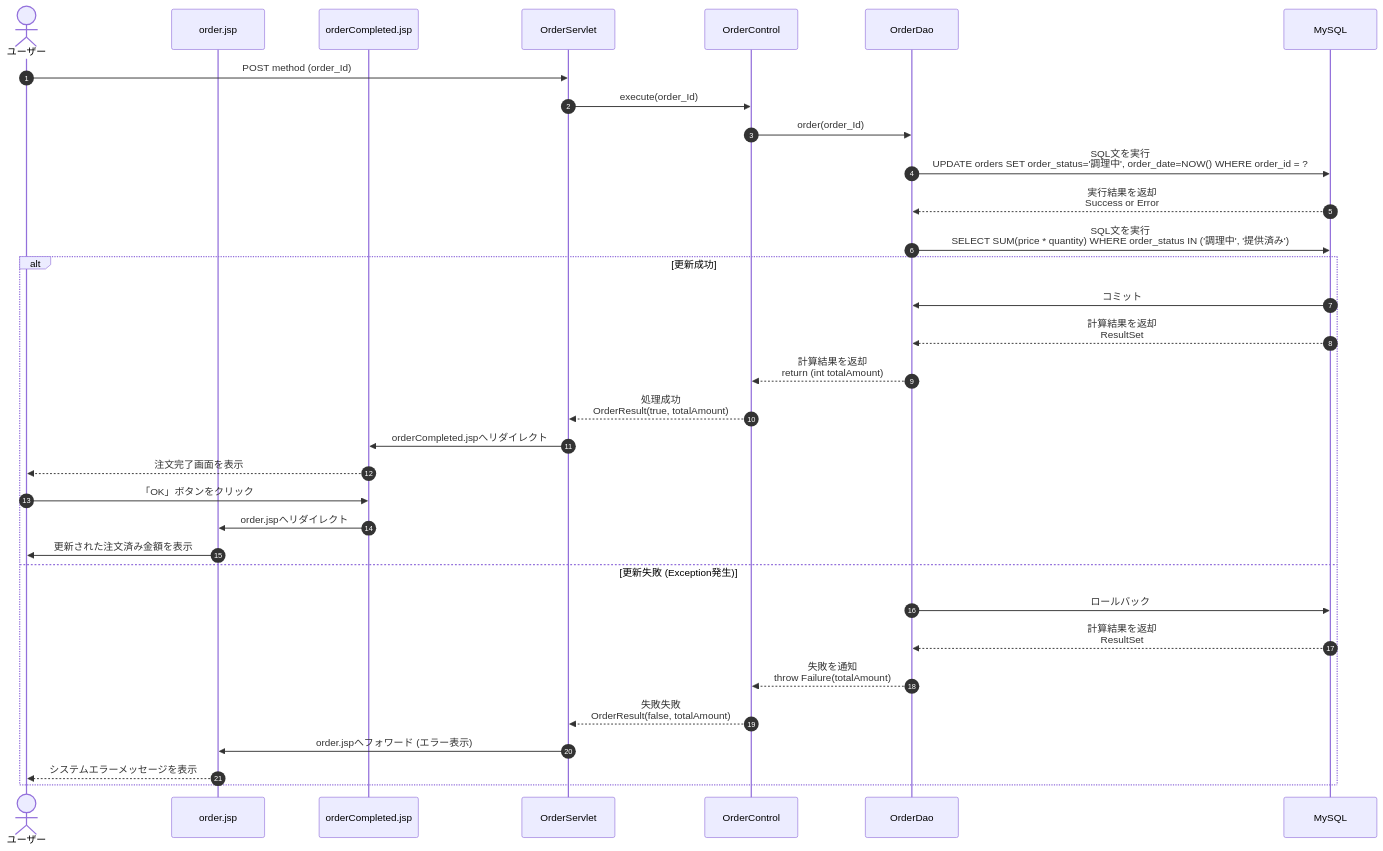
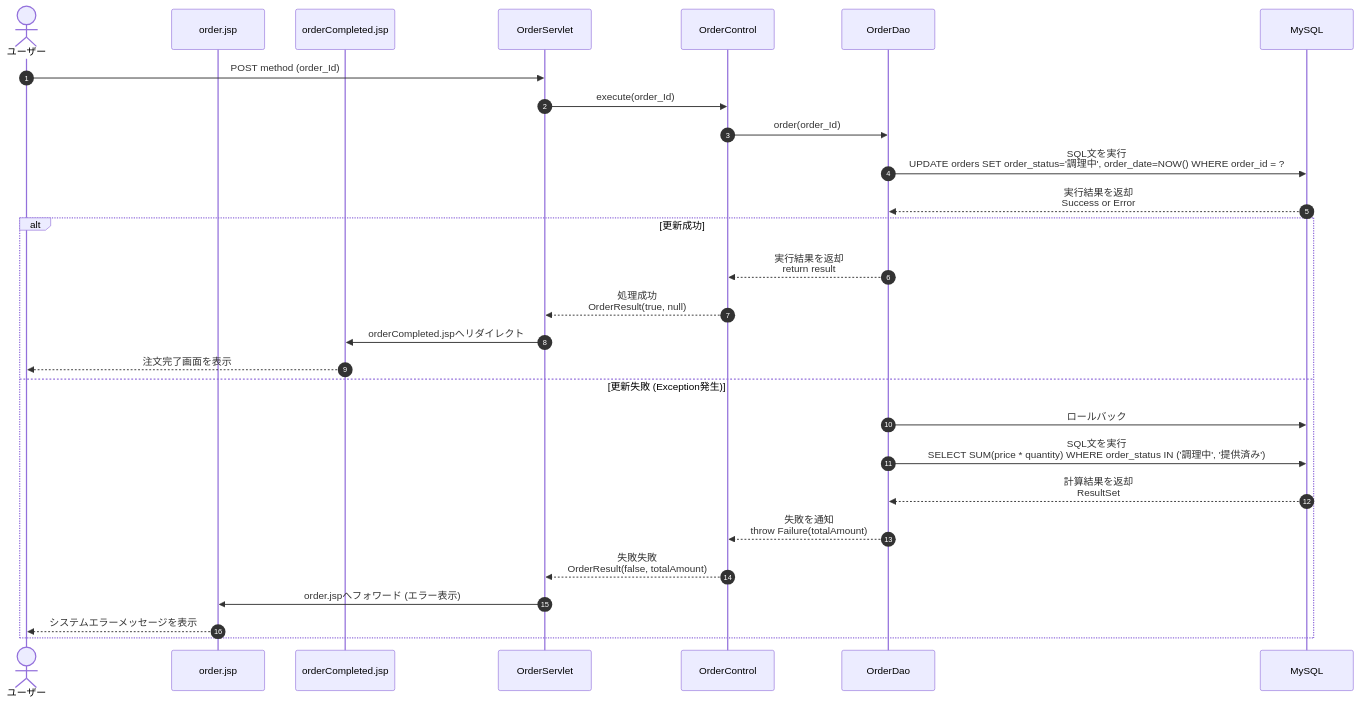
One commit to Medapizza1224/SE25G2-Test2 changed the first of 7 diagrams in docs/development/sequence-diagram/シーケンス図_version1.2.md. Above: the diagram before and after it, drawn with Mermaid. The commit also changed other lines of this file, not shown here.

Commit message:
シーケンス図再修正

````diff
--- a/docs/development/sequence-diagram/シーケンス図_version1.2.md
+++ b/docs/development/sequence-diagram/シーケンス図_version1.2.md
@@ -13,41 +13,36 @@
 ```mermaid
 sequenceDiagram
     autonumber
     actor  User as ユーザー
     participant OrderJSP as order.jsp
     participant OrderCompJSP as orderCompleted.jsp
     participant Servlet as OrderServlet
     participant Control as OrderControl
     participant DAO as OrderDao
     participant DB as MySQL
 
     User->>Servlet: POST method (order_Id)
     
     Servlet->>Control: execute(order_Id)
     
     Control->>DAO: order(order_Id)
     DAO->>DB: SQL文を実行<br>UPDATE orders SET order_status='調理中', order_date=NOW() WHERE order_id = ?
     
     DB-->>DAO: 実行結果を返却<br>Success or Error
-    DAO->>DB: SQL文を実行<br>SELECT SUM(price * quantity) WHERE order_status IN ('調理中', '提供済み')
     
     alt 更新成功
-        DB->>DAO: コミット
-        DB-->>DAO: 計算結果を返却<br>ResultSet
-        DAO-->>Control: 計算結果を返却<br>return (int totalAmount)
-        Control-->>Servlet: 処理成功 <br>OrderResult(true, totalAmount)
+        DAO-->>Control: 実行結果を返却<br>return result
+        Control-->>Servlet: 処理成功 <br>OrderResult(true, null)
         Servlet->>OrderCompJSP: orderCompleted.jspへリダイレクト
         OrderCompJSP-->>User: 注文完了画面を表示
-        User->>OrderCompJSP: 「OK」ボタンをクリック
-        OrderCompJSP->>OrderJSP: order.jspへリダイレクト
-        OrderJSP->>User: 更新された注文済み金額を表示
     else 更新失敗 (Exception発生)
         DAO->>DB: ロールバック
+        DAO->>DB: SQL文を実行<br>SELECT SUM(price * quantity) WHERE order_status IN ('調理中', '提供済み')
         DB-->>DAO: 計算結果を返却<br> ResultSet
         DAO-->>Control: 失敗を通知<br>throw Failure(totalAmount)
         Control-->>Servlet: 失敗失敗<br>OrderResult(false, totalAmount)
         Servlet->>OrderJSP: order.jspへフォワード (エラー表示)
         OrderJSP-->>User: システムエラーメッセージを表示
     end
 
 ```
````
